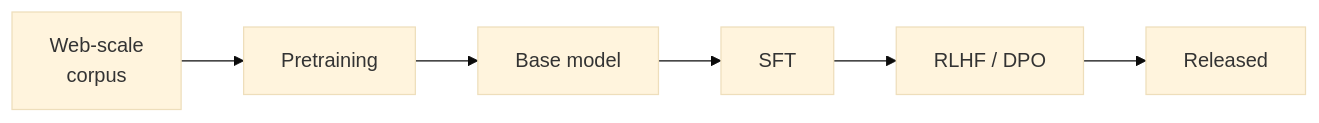
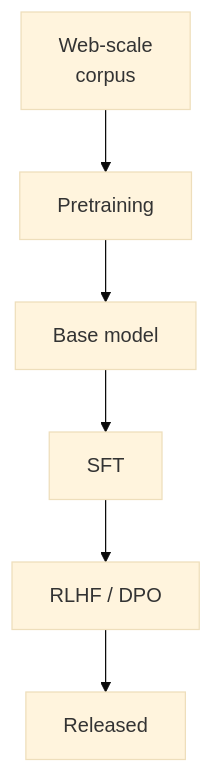
Before and after one commit to averagejoeslab/building-agents: the third of 5 diagrams in presentation/slides.md, drawn with Mermaid (base theme). The commit also changed other lines of this file, not shown here.

````diff
--- a/presentation/slides.md
+++ b/presentation/slides.md
@@ -193,8 +198,8 @@
-```mermaid {scale: 0.55}
-flowchart LR
+```mermaid {scale: 0.45}
+flowchart TD
     A[Web-scale<br/>corpus] --> B[Pretraining]
     B --> C[Base model]
     C --> D[SFT]
     D --> E[RLHF / DPO]
     E --> F[Released]
 ```
````
